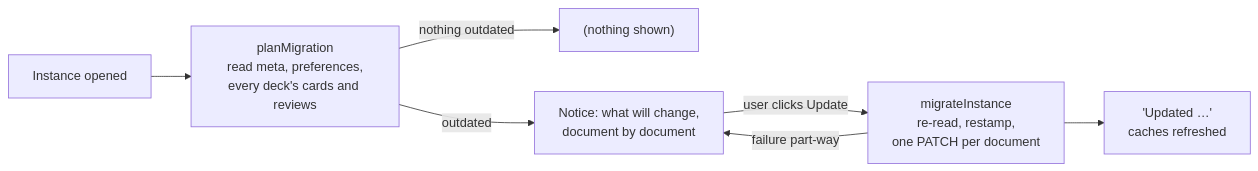
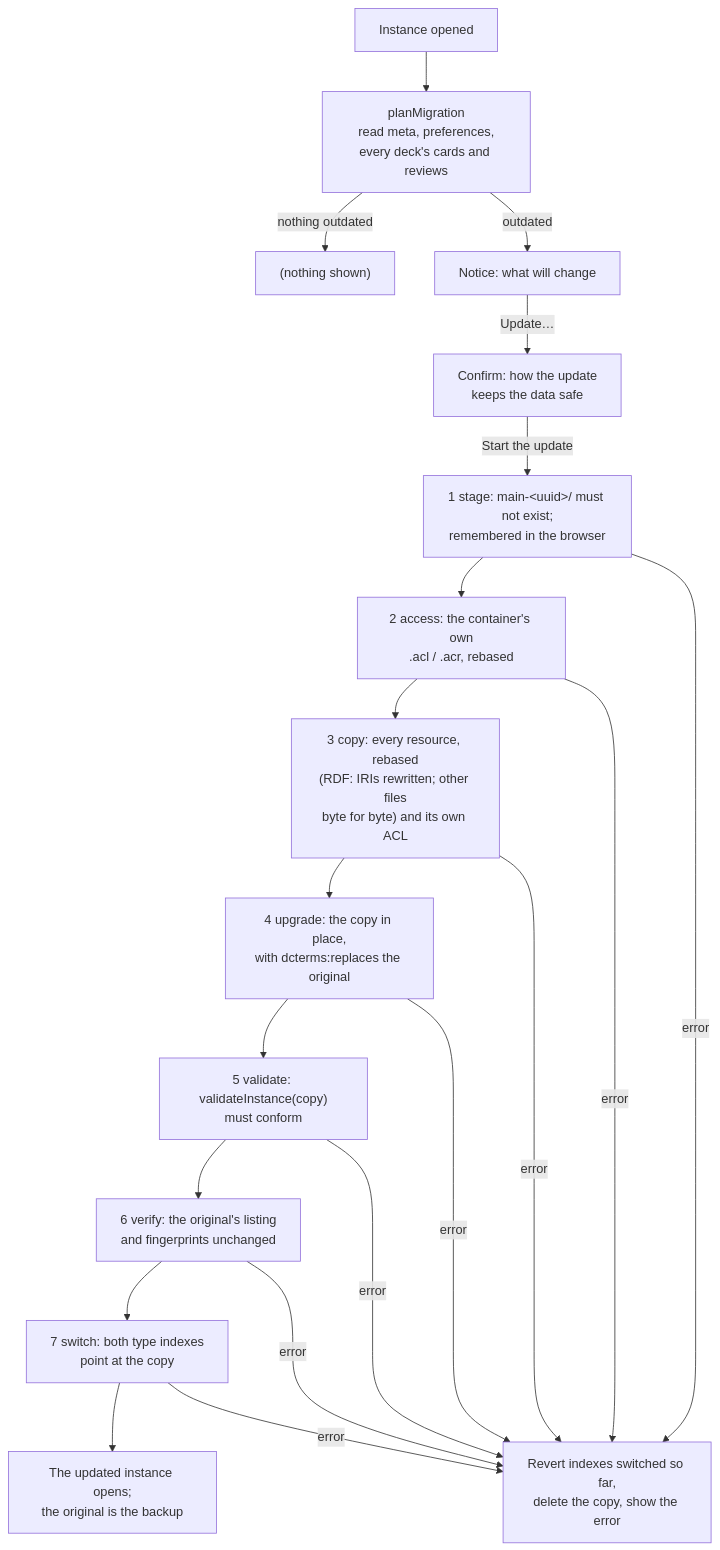
One commit to antwika/solid-memo changed the second of 2 diagrams in docs/migrations.md. Above: the diagram before and after it, drawn with Mermaid. The commit also changed other lines of this file and 227 other files, not shown here.

First line of the commit message:
Adopt DCAT/SKOS with runtime validation, and make the format update copy-then-switch

````diff
--- a/docs/migrations.md
+++ b/docs/migrations.md
@@ -58,9 +68,16 @@
 ```mermaid
-flowchart LR
+flowchart TD
     open["Instance opened"] --> plan["planMigration<br/>read meta, preferences,<br/>every deck's cards and reviews"]
     plan -->|nothing outdated| quiet["(nothing shown)"]
-    plan -->|outdated| notice["Notice: what will change,<br/>document by document"]
-    notice -->|user clicks Update| run["migrateInstance<br/>re-read, restamp,<br/>one PATCH per document"]
-    run --> done["'Updated …'<br/>caches refreshed"]
-    run -->|failure part-way| notice
+    plan -->|outdated| notice["Notice: what will change"]
+    notice -->|Update…| confirm["Confirm: how the update<br/>keeps the data safe"]
+    confirm -->|Start the update| stage["1 stage: main-&lt;uuid&gt;/ must not exist;<br/>remembered in the browser"]
+    stage --> access["2 access: the container's own<br/>.acl / .acr, rebased"]
+    access --> copy["3 copy: every resource, rebased<br/>(RDF: IRIs rewritten; other files<br/>byte for byte) and its own ACL"]
+    copy --> upgrade["4 upgrade: the copy in place,<br/>with dcterms:replaces the original"]
+    upgrade --> validate["5 validate: validateInstance(copy)<br/>must conform"]
+    validate --> verify["6 verify: the original's listing<br/>and fingerprints unchanged"]
+    verify --> switch["7 switch: both type indexes<br/>point at the copy"]
+    switch --> done["The updated instance opens;<br/>the original is the backup"]
+    stage & access & copy & upgrade & validate & verify & switch -->|error| undo["Revert indexes switched so far,<br/>delete the copy, show the error"]
 ```
````
